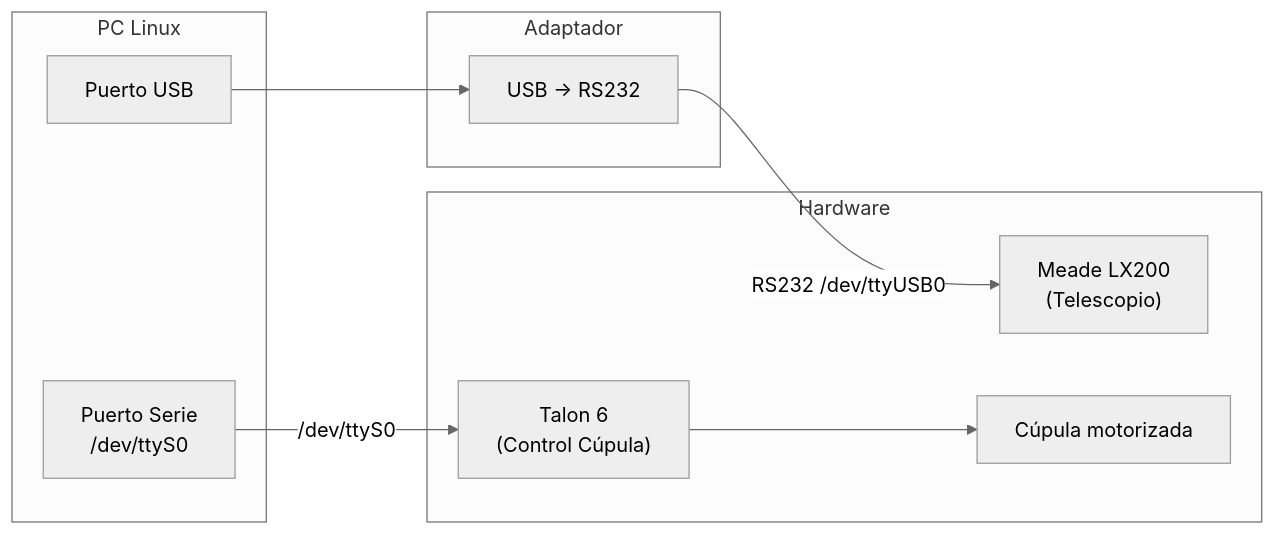
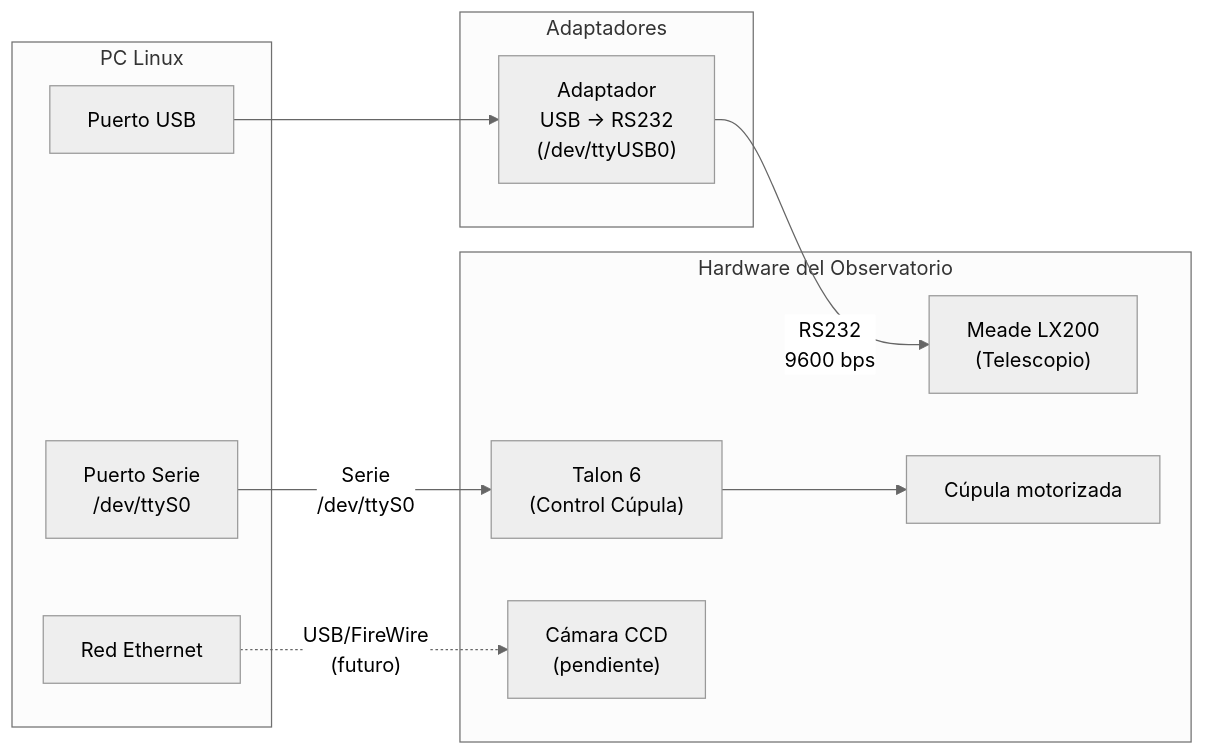
Before and after one commit to maariia-saez/rts2-faculty-observatory: the third of 6 diagrams in doc/manual_observatorio/ARQUITECTURA.md, drawn with Mermaid (neutral theme). The commit also changed other lines of this file, not shown here.

````diff
--- a/doc/manual_observatorio/ARQUITECTURA.md
+++ b/doc/manual_observatorio/ARQUITECTURA.md
@@ -43,22 +130,25 @@
 ```mermaid
 graph LR
     subgraph PC["PC Linux"]
         USB["Puerto USB"]
         COM1["Puerto Serie\n/dev/ttyS0"]
+        ETH["Red Ethernet"]
     end
 
-    subgraph Adaptador["Adaptador"]
-        CONV["USB → RS232"]
+    subgraph Adaptadores["Adaptadores"]
+        CONV["Adaptador\nUSB → RS232\n(/dev/ttyUSB0)"]
     end
 
-    subgraph Instrumentos["Hardware"]
+    subgraph Instrumentos["Hardware del Observatorio"]
         LX200["Meade LX200\n(Telescopio)"]
         TALON["Talon 6\n(Control Cúpula)"]
         CUPULA["Cúpula motorizada"]
+        CAM["Cámara CCD\n(pendiente)"]
     end
 
     USB --> CONV
-    CONV -->|"RS232 /dev/ttyUSB0"| LX200
-    COM1 -->|"/dev/ttyS0"| TALON
+    CONV -->|"RS232\n9600 bps"| LX200
+    COM1 -->|"Serie\n/dev/ttyS0"| TALON
     TALON --> CUPULA
+    ETH -.->|"USB/FireWire\n(futuro)"| CAM
 ```
````
